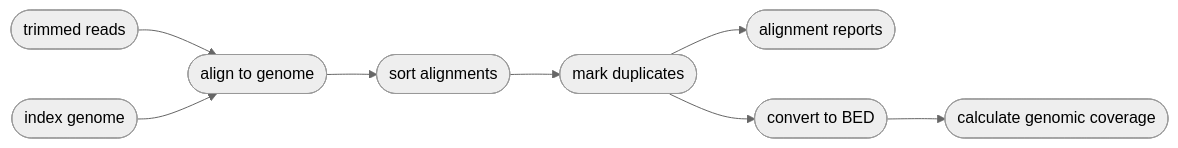
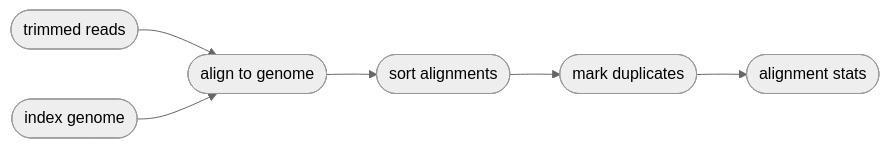
Before and after one commit to pdimens/harpy: the second of 2 diagrams in Modules/readmapping.md, drawn with Mermaid (neutral theme). The commit also changed other lines of this file and 1 other file, not shown here.

````diff
--- a/Modules/readmapping.md
+++ b/Modules/readmapping.md
@@ -99,10 +94,8 @@
 ```mermaid
 graph LR
     Z([trimmed reads]) --> B
     A([index genome]) --> B([align to genome])
     B-->C([sort alignments])
     C-->D([mark duplicates])
-    D-->E([alignment reports])
-    D-->F([convert to BED])
-    F-->G([calculate genomic coverage])
+    D-->E([alignment stats])
 ```
````
